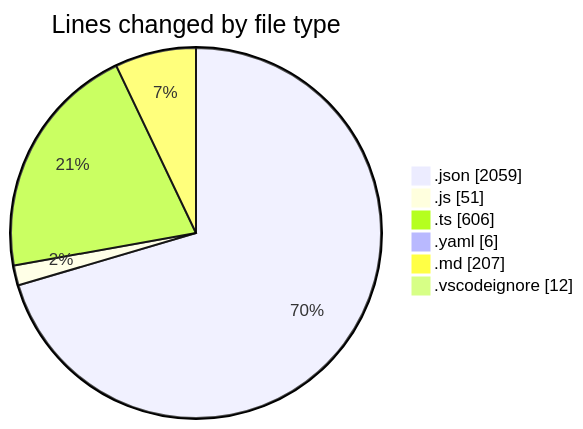
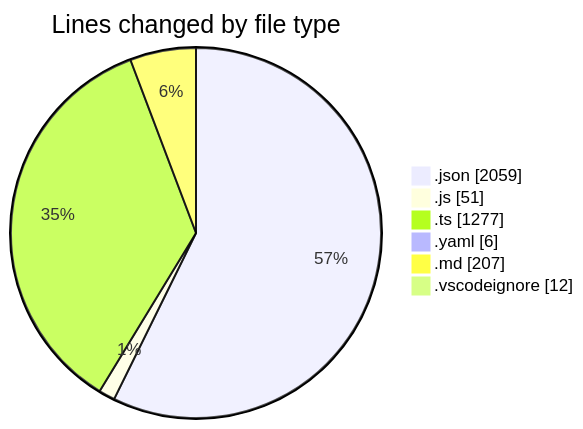
Before and after one commit to ernivani/code-tracking: the first of 2 diagrams in 2024-12-29/my-code-activity-ext/README.md, drawn with Mermaid. The commit also changed other lines of this file and 2 other files, not shown here.

````diff
--- a/2024-12-29/my-code-activity-ext/README.md
+++ b/2024-12-29/my-code-activity-ext/README.md
@@ -33,10 +35,10 @@
 ```mermaid
 pie showData
 title Lines changed by file type
 ".json" : 2059
 ".js" : 51
-".ts" : 606
+".ts" : 1277
 ".yaml" : 6
 ".md" : 207
 ".vscodeignore" : 12
 ```
````
